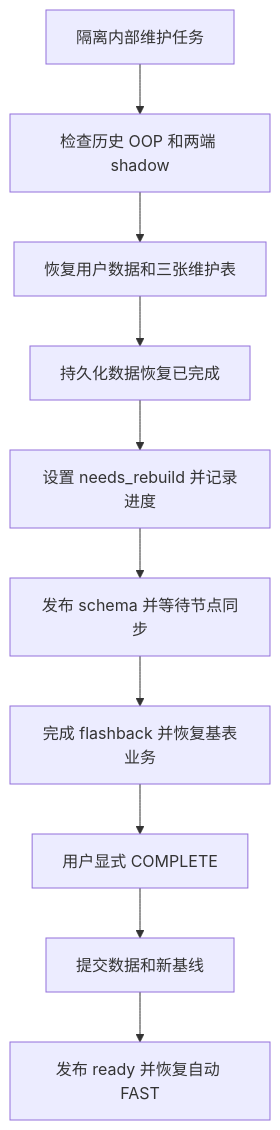
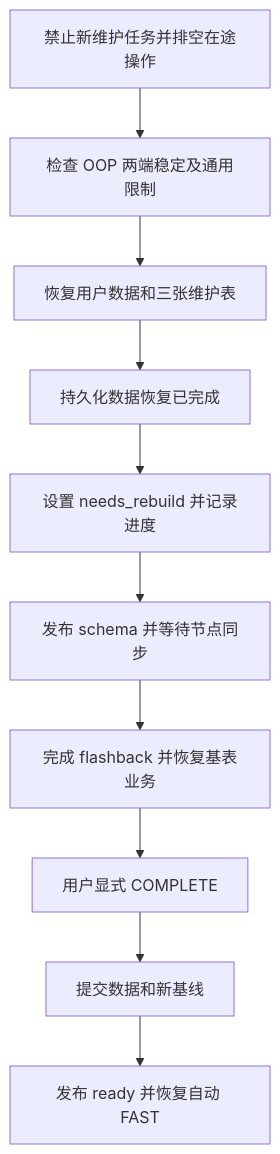
Before and after one commit to windtalker/tidb: the first of 2 diagrams in docs/design/2026-11-03-mv-flashback.md, drawn with Mermaid. The commit also changed other lines of this file, not shown here.

````diff
--- a/docs/design/2026-11-03-mv-flashback.md
+++ b/docs/design/2026-11-03-mv-flashback.md
@@ -105,12 +133,12 @@
 ```mermaid
 flowchart TD
-    A[隔离内部维护任务] --> B[检查历史 OOP 和两端 shadow]
+    A[禁止新维护任务并排空在途操作] --> B[检查 OOP 两端稳定及通用限制]
     B --> C[恢复用户数据和三张维护表]
     C --> D[持久化数据恢复已完成]
     D --> E[设置 needs_rebuild 并记录进度]
     E --> F[发布 schema 并等待节点同步]
     F --> G[完成 flashback 并恢复基表业务]
     G --> H[用户显式 COMPLETE]
     H --> I[提交数据和新基线]
     I --> J[发布 ready 并恢复自动 FAST]
 ```
````
